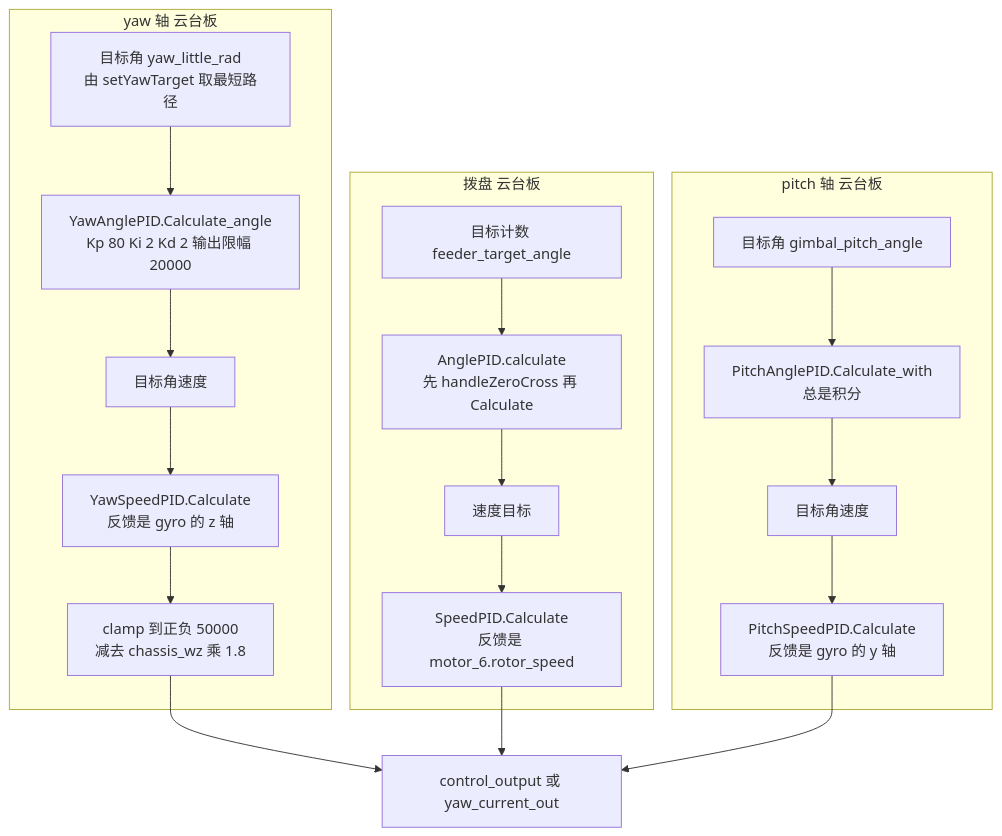
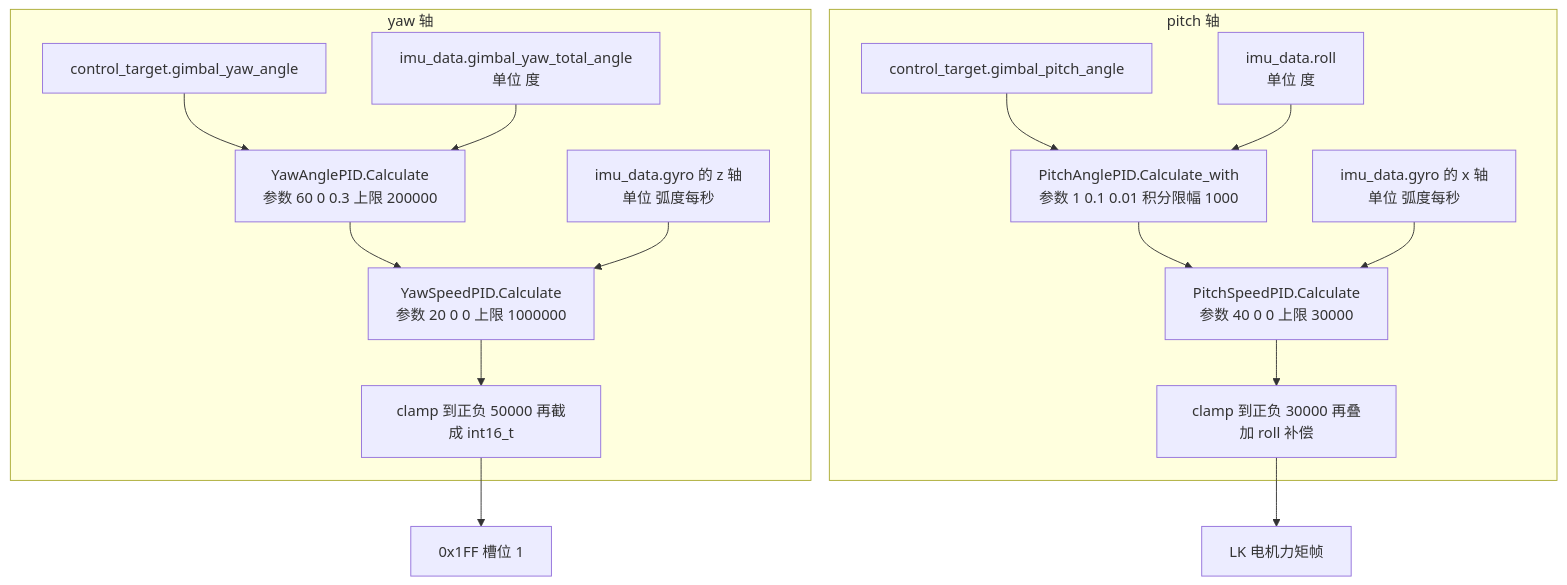
Before and after one commit to TC635807/TC63PersonalWebsite: the first of 2 diagrams in docs/03-CAN 与电机/03-DJI6020/03-角度环控制.md, drawn with Mermaid. The commit also changed other lines of this file and 728 other files, not shown here.

````diff
--- a/docs/03-CAN 与电机/03-DJI6020/03-角度环控制.md
+++ b/docs/03-CAN 与电机/03-DJI6020/03-角度环控制.md
@@ -78,22 +135,19 @@
 ```mermaid
 flowchart TD
-    subgraph Y["yaw 轴 云台板"]
-        Y1["目标角 yaw_little_rad<br/>由 setYawTarget 取最短路径"] --> Y2["YawAnglePID.Calculate_angle<br/>Kp 80 Ki 2 Kd 2 输出限幅 20000"]
-        Y2 --> Y3["目标角速度"]
-        Y3 --> Y4["YawSpeedPID.Calculate<br/>反馈是 gyro 的 z 轴"]
-        Y4 --> Y5["clamp 到正负 50000<br/>减去 chassis_wz 乘 1.8"]
+    subgraph Y["yaw 轴"]
+        Y1["control_target.gimbal_yaw_angle"] --> Y2["YawAnglePID.Calculate<br/>参数 60 0 0.3 上限 200000"]
+        Y3["imu_data.gimbal_yaw_total_angle<br/>单位 度"] --> Y2
+        Y2 --> Y4["YawSpeedPID.Calculate<br/>参数 20 0 0 上限 1000000"]
+        Y5["imu_data.gyro 的 z 轴<br/>单位 弧度每秒"] --> Y4
+        Y4 --> Y6["clamp 到正负 50000 再截成 int16_t"]
     end
-    subgraph S["拨盘 云台板"]
-        S1["目标计数 feeder_target_angle"] --> S2["AnglePID.calculate<br/>先 handleZeroCross 再 Calculate"]
-        S2 --> S3["速度目标"]
-        S3 --> S4["SpeedPID.Calculate<br/>反馈是 motor_6.rotor_speed"]
+    subgraph P["pitch 轴"]
+        P1["control_target.gimbal_pitch_angle"] --> P2["PitchAnglePID.Calculate_with<br/>参数 1 0.1 0.01 积分限幅 1000"]
+        P3["imu_data.roll<br/>单位 度"] --> P2
+        P2 --> P4["PitchSpeedPID.Calculate<br/>参数 40 0 0 上限 30000"]
+        P5["imu_data.gyro 的 x 轴<br/>单位 弧度每秒"] --> P4
+        P4 --> P6["clamp 到正负 30000 再叠加 roll 补偿"]
     end
-    subgraph P["pitch 轴 云台板"]
-        P1["目标角 gimbal_pitch_angle"] --> P2["PitchAnglePID.Calculate_with<br/>总是积分"]
-        P2 --> P3["目标角速度"]
-        P3 --> P4["PitchSpeedPID.Calculate<br/>反馈是 gyro 的 y 轴"]
-    end
-    Y5 --> OUT["control_output 或 yaw_current_out"]
-    S4 --> OUT
-    P4 --> OUT
+    Y6 --> OUT["0x1FF 槽位 1"]
+    P6 --> LK["LK 电机力矩帧"]
 ```
````
